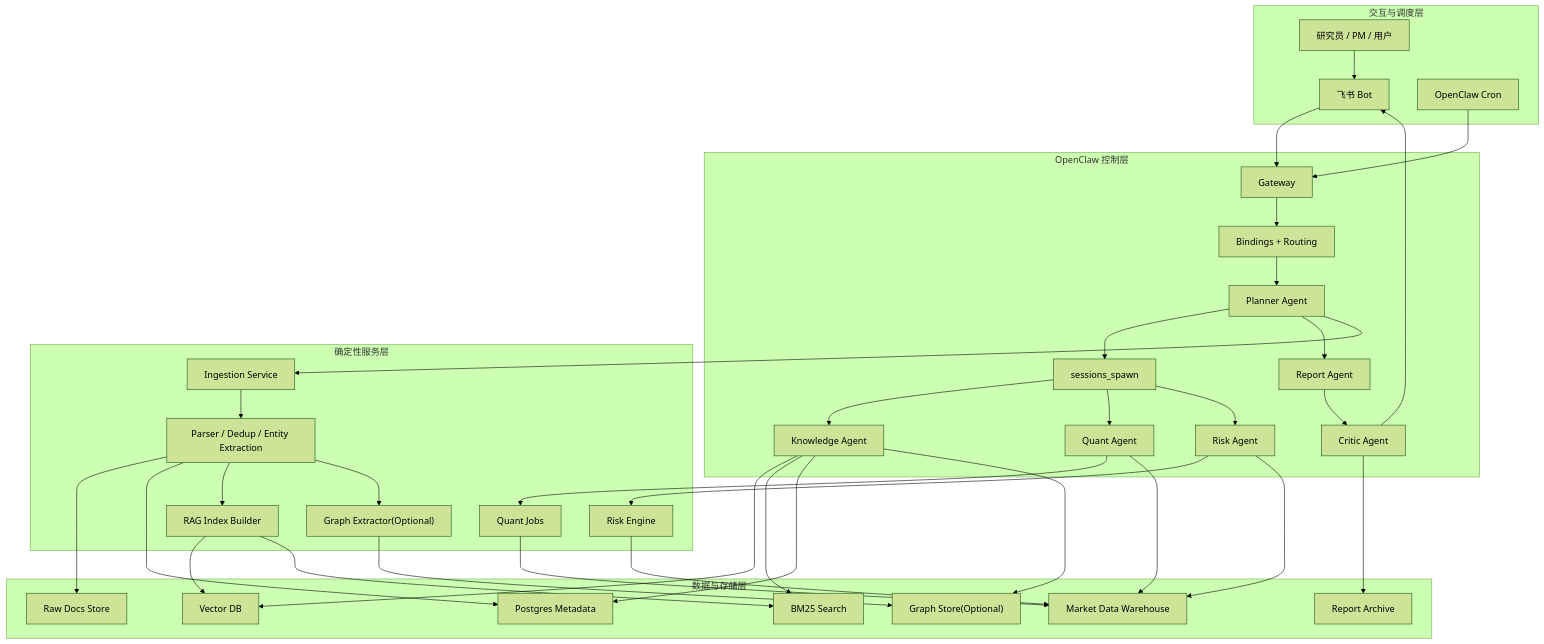
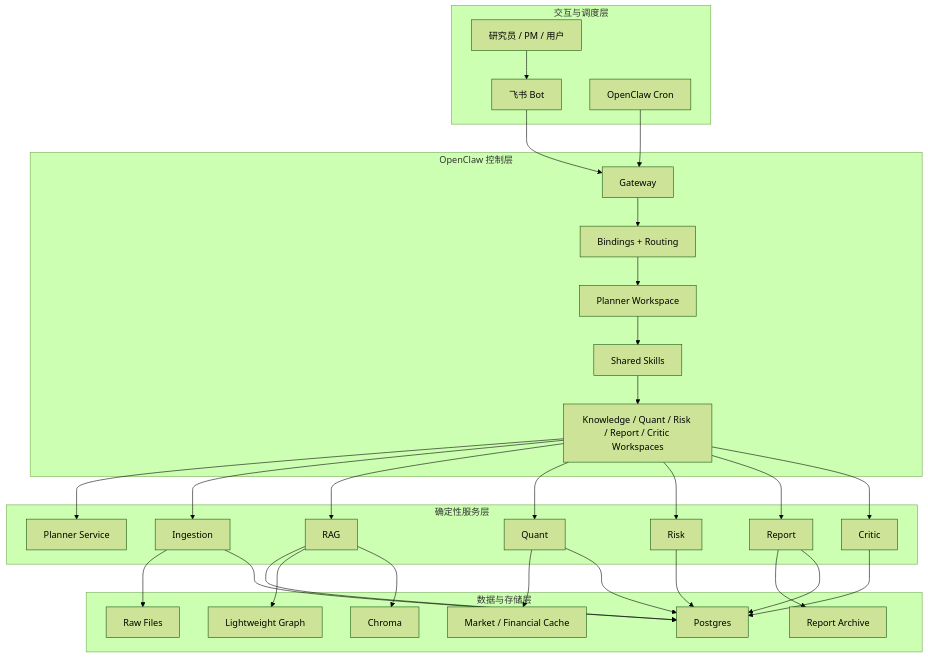
One commit to yuchangyuan1/openclaw-quant-agent changed the diagram in project-plan-quant-research.md. Above: the diagram before and after it, drawn with Mermaid (forest theme). The commit also changed other lines of this file and 13 other files, not shown here.

Commit message:
Update architecture and project documentation

````diff
--- a/project-plan-quant-research.md
+++ b/project-plan-quant-research.md
@@ -100,75 +97,62 @@
 ```mermaid
 flowchart TB
   subgraph A["交互与调度层"]
     FEI["飞书 Bot"]
     CRON["OpenClaw Cron"]
     USER["研究员 / PM / 用户"]
   end
 
   subgraph B["OpenClaw 控制层"]
     GW["Gateway"]
-    BIND["Bindings + Routing"]
-    PLAN["Planner Agent"]
-    SUB["sessions_spawn"]
-    KNOW["Knowledge Agent"]
-    QUANT["Quant Agent"]
-    RISK["Risk Agent"]
-    REPORT["Report Agent"]
-    CRITIC["Critic Agent"]
+    ROUTE["Bindings + Routing"]
+    PLAN["Planner Workspace"]
+    SKILL["Shared Skills"]
+    SUB["Knowledge / Quant / Risk / Report / Critic Workspaces"]
   end
 
   subgraph C["确定性服务层"]
-    ING["Ingestion Service"]
-    PARSE["Parser / Dedup / Entity Extraction"]
-    INDEX["RAG Index Builder"]
-    QJOB["Quant Jobs"]
-    RJOB["Risk Engine"]
-    KG["Graph Extractor(Optional)"]
+    ING["Ingestion"]
+    RAG["RAG"]
+    PLS["Planner Service"]
+    QNT["Quant"]
+    RSK["Risk"]
+    REP["Report"]
+    CRT["Critic"]
   end
 
   subgraph D["数据与存储层"]
-    RAW["Raw Docs Store"]
-    META["Postgres Metadata"]
-    VDB["Vector DB"]
-    BM25["BM25 Search"]
-    MKT["Market Data Warehouse"]
-    GRAPH["Graph Store(Optional)"]
-    ARCH["Report Archive"]
+    RAW["Raw Files"]
+    PG["Postgres"]
+    KG["Lightweight Graph"]
+    VDB["Chroma"]
+    MKT["Market / Financial Cache"]
+    ARC["Report Archive"]
   end
 
   USER --> FEI
+  FEI --> GW
   CRON --> GW
-  FEI --> GW
-  GW --> BIND
-  BIND --> PLAN
-  PLAN --> SUB
-  SUB --> KNOW
-  SUB --> QUANT
-  SUB --> RISK
-  PLAN --> REPORT
-  REPORT --> CRITIC
-  CRITIC --> FEI
-  CRITIC --> ARCH
+  GW --> ROUTE
+  ROUTE --> PLAN
+  PLAN --> SKILL
+  SKILL --> SUB
+  SUB --> PLS
+  SUB --> ING
+  SUB --> RAG
+  SUB --> QNT
+  SUB --> RSK
+  SUB --> REP
+  SUB --> CRT
 
-  PLAN --> ING
-  ING --> PARSE
-  PARSE --> RAW
-  PARSE --> META
-  PARSE --> INDEX
-  PARSE --> KG
-  INDEX --> VDB
-  INDEX --> BM25
-  KG --> GRAPH
-
-  QUANT --> QJOB
-  RISK --> RJOB
-  QJOB --> MKT
-  RJOB --> MKT
-
-  KNOW --> VDB
-  KNOW --> BM25
-  KNOW --> META
-  KNOW --> GRAPH
-  QUANT --> MKT
-  RISK --> MKT
+  ING --> RAW
+  ING --> PG
+  RAG --> PG
+  RAG --> KG
+  RAG --> VDB
+  QNT --> MKT
+  QNT --> PG
+  RSK --> PG
+  REP --> ARC
+  REP --> PG
+  CRT --> PG
 ```
````
